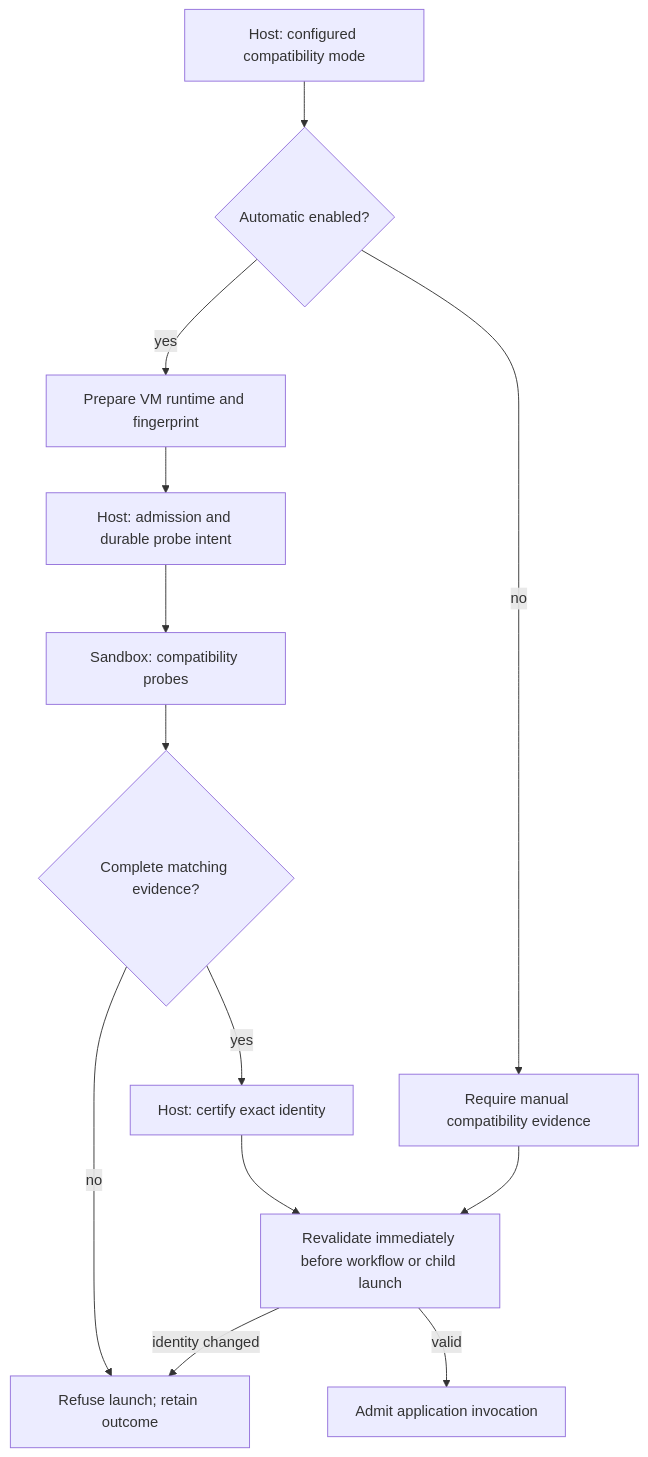
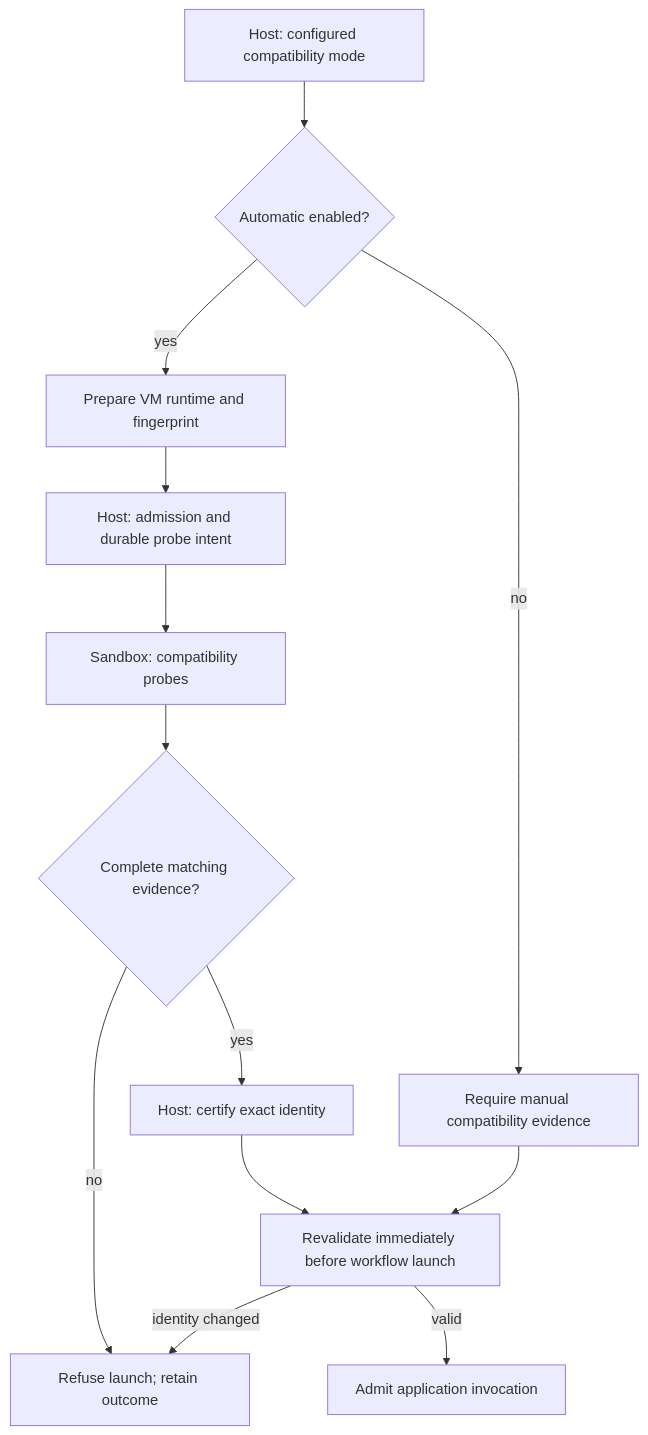
One commit to jchen1707/factory changed the seventh of 8 diagrams in docs/workflows.md. Above: the diagram before and after it, drawn with Mermaid. The commit also changed other lines of this file and 56 other files, not shown here.

````diff
--- a/docs/workflows.md
+++ b/docs/workflows.md
@@ -170,15 +170,15 @@
 ```mermaid
 flowchart TD
   H[Host: configured compatibility mode] --> M{Automatic enabled?}
   M -->|no| C[Require manual compatibility evidence]
   M -->|yes| P[Prepare VM runtime and fingerprint]
   P --> A[Host: admission and durable probe intent]
   A --> S[Sandbox: compatibility probes]
   S --> E{Complete matching evidence?}
   E -->|no| B[Refuse launch; retain outcome]
   E -->|yes| V[Host: certify exact identity]
-  V --> L[Revalidate immediately before workflow or child launch]
+  V --> L[Revalidate immediately before workflow launch]
   C --> L
   L -->|identity changed| B
   L -->|valid| W[Admit application invocation]
 ```
````
